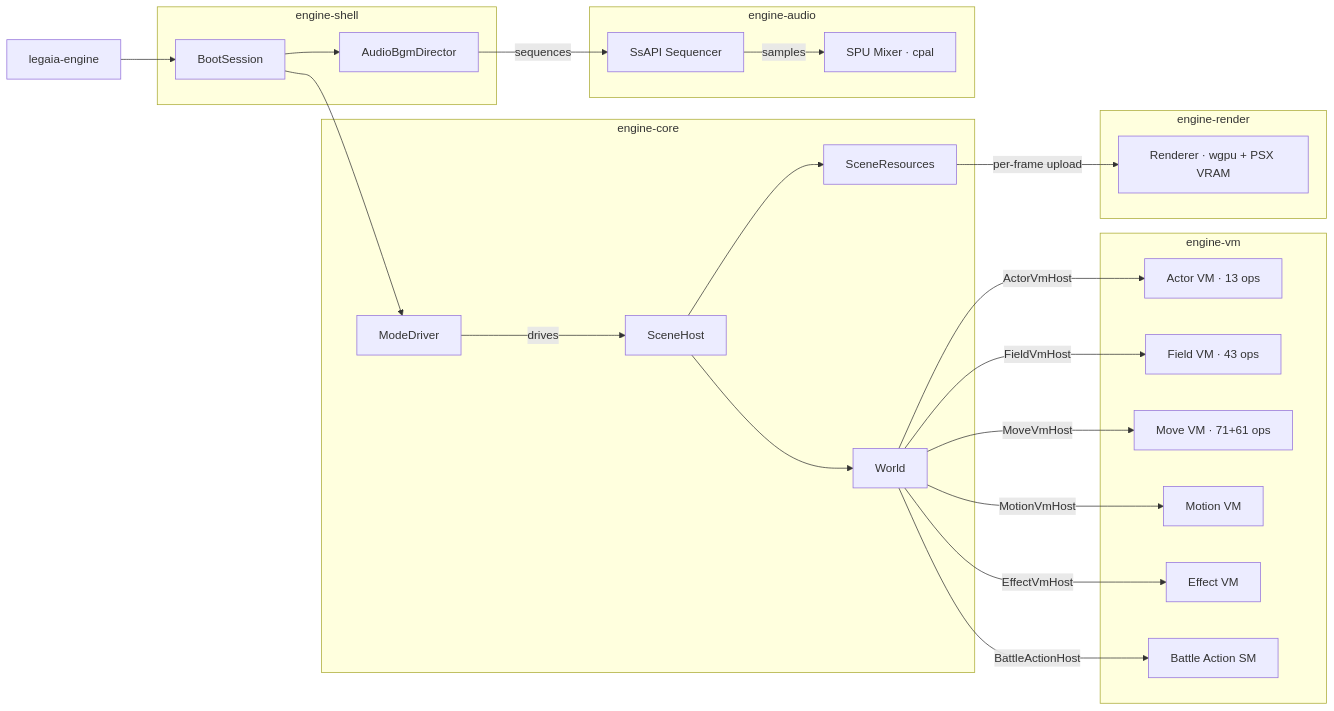
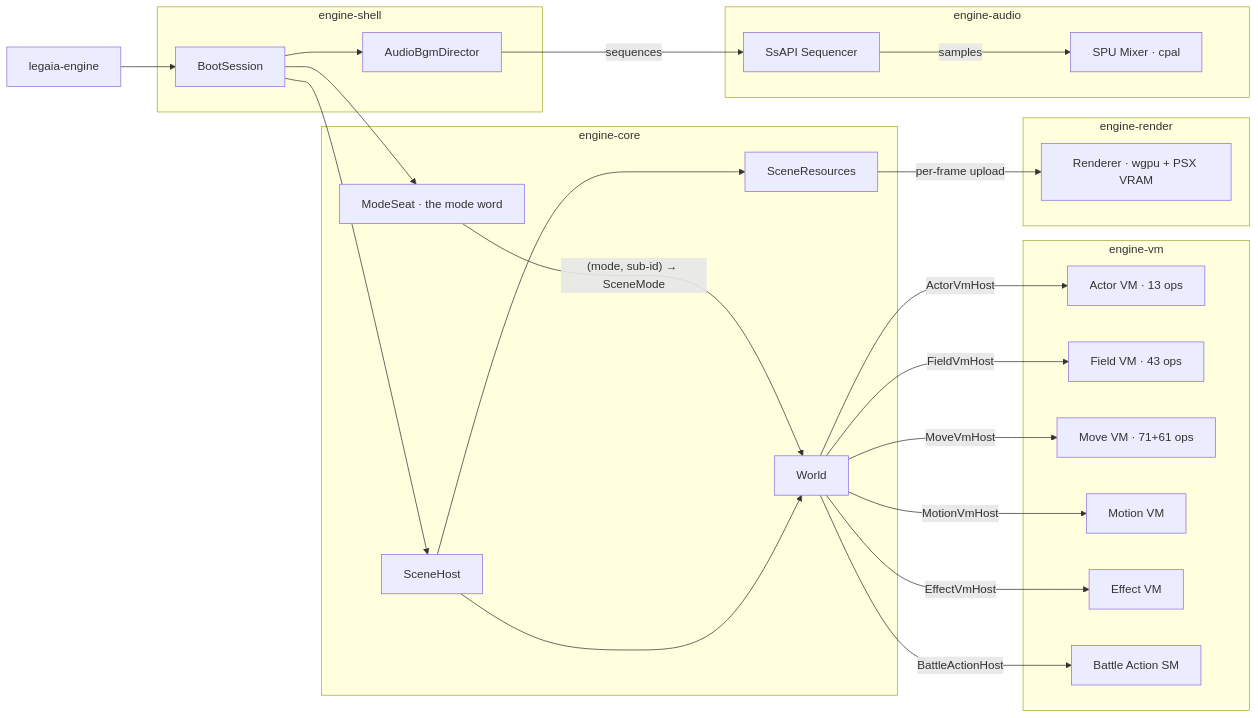
One commit to AndrewAltimit/legend-of-legaia-re changed the diagram in docs/subsystems/engine.md. Above: the diagram before and after it, drawn with Mermaid. The commit also changed other lines of this file and 376 other files, not shown here.

First line of the commit message:
RE gap waves 0909: slot-B band answered, mode seat taken, dome magic, twelve doc premises overturned (#454)

````diff
--- a/docs/subsystems/engine.md
+++ b/docs/subsystems/engine.md
@@ -105,50 +105,51 @@
 ```mermaid
 graph LR
     BIN["legaia-engine"]
 
     subgraph shell ["engine-shell"]
         BS["BootSession"]
         BGM["AudioBgmDirector"]
     end
 
     subgraph core ["engine-core"]
-        MD["ModeDriver"]
+        MD["ModeSeat · the mode word"]
         SH["SceneHost"]
         W["World"]
         SR["SceneResources"]
     end
 
     subgraph vm ["engine-vm"]
         AVM["Actor VM · 13 ops"]
         FVM["Field VM · 43 ops"]
         MVM["Move VM · 71+61 ops"]
         MotVM["Motion VM"]
         EVM["Effect VM"]
         BSM["Battle Action SM"]
     end
 
     subgraph ren ["engine-render"]
         REN["Renderer · wgpu + PSX VRAM"]
     end
 
     subgraph au ["engine-audio"]
         SEQ["SsAPI Sequencer"]
         SPU["SPU Mixer · cpal"]
     end
 
     BIN --> BS
     BS --> MD
     BS --> BGM
-    MD -->|drives| SH
+    BS --> SH
+    MD -->|"(mode, sub-id) → SceneMode"| W
     SH --> W
     SH --> SR
     W -->|ActorVmHost| AVM
     W -->|FieldVmHost| FVM
     W -->|MoveVmHost| MVM
     W -->|MotionVmHost| MotVM
     W -->|EffectVmHost| EVM
     W -->|BattleActionHost| BSM
     SR -->|per-frame upload| REN
     BGM -->|sequences| SEQ
     SEQ -->|samples| SPU
 ```
````
